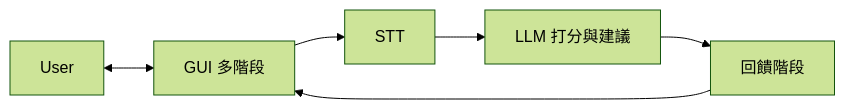
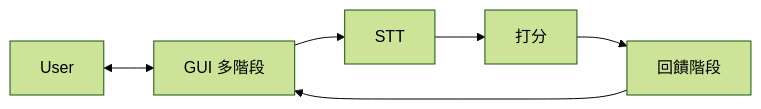
The diagram in docs/zh-TW/README.md (louis-li-builds/mock-interview-coach-stt-star-feedback-scoring-nlp-uts-project), drawn with Mermaid (forest theme) before and after one commit. The commit also changed other lines of this file and 10 other files, not shown here.

````diff
--- a/docs/zh-TW/README.md
+++ b/docs/zh-TW/README.md
@@ -35,14 +37,14 @@
 ```mermaid
 flowchart LR
   U[User]
   G[GUI 多階段]
   STT[STT]
-  LLM[LLM 打分與建議]
+  SC[打分]
   FB[回饋階段]
 
   U <--> G
   G --> STT
-  STT --> LLM
-  LLM --> FB
+  STT --> SC
+  SC --> FB
   FB --> G
 ```
````
